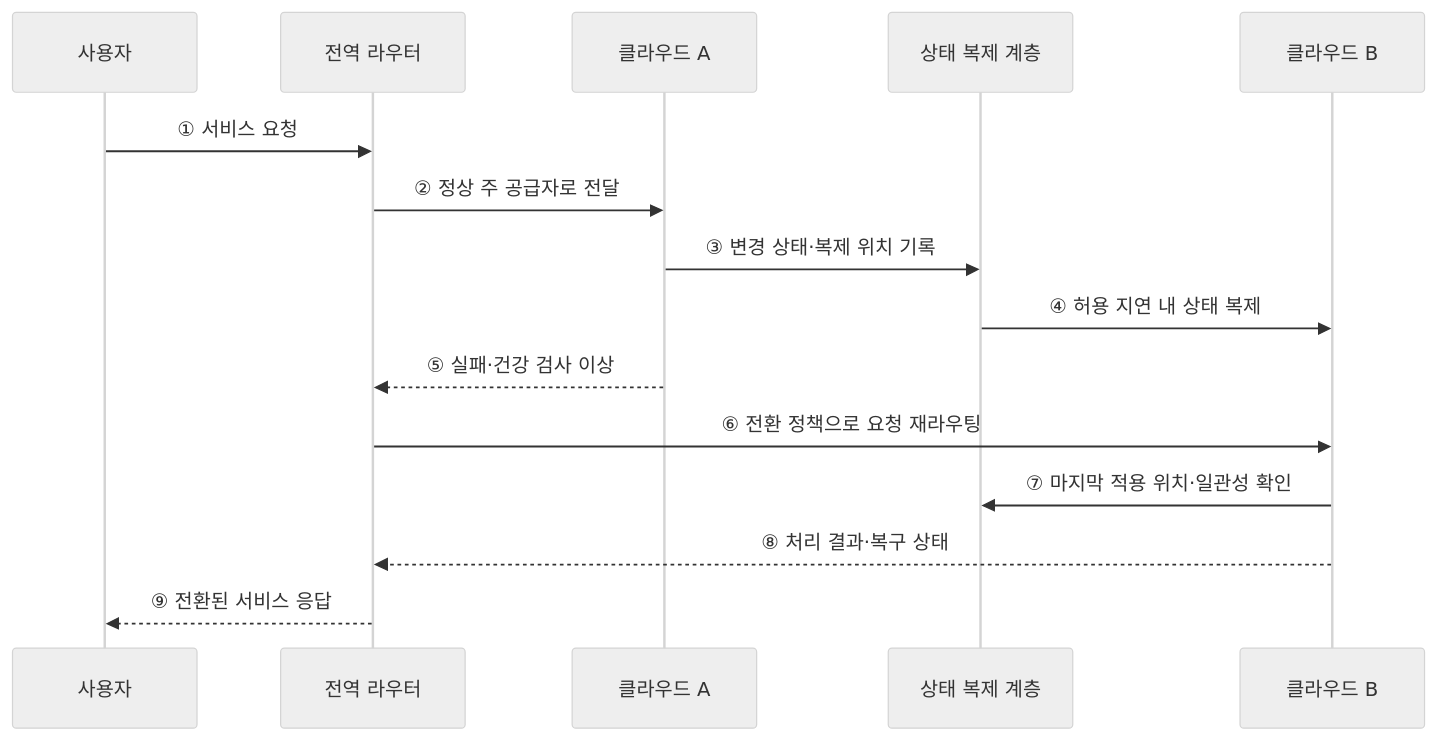
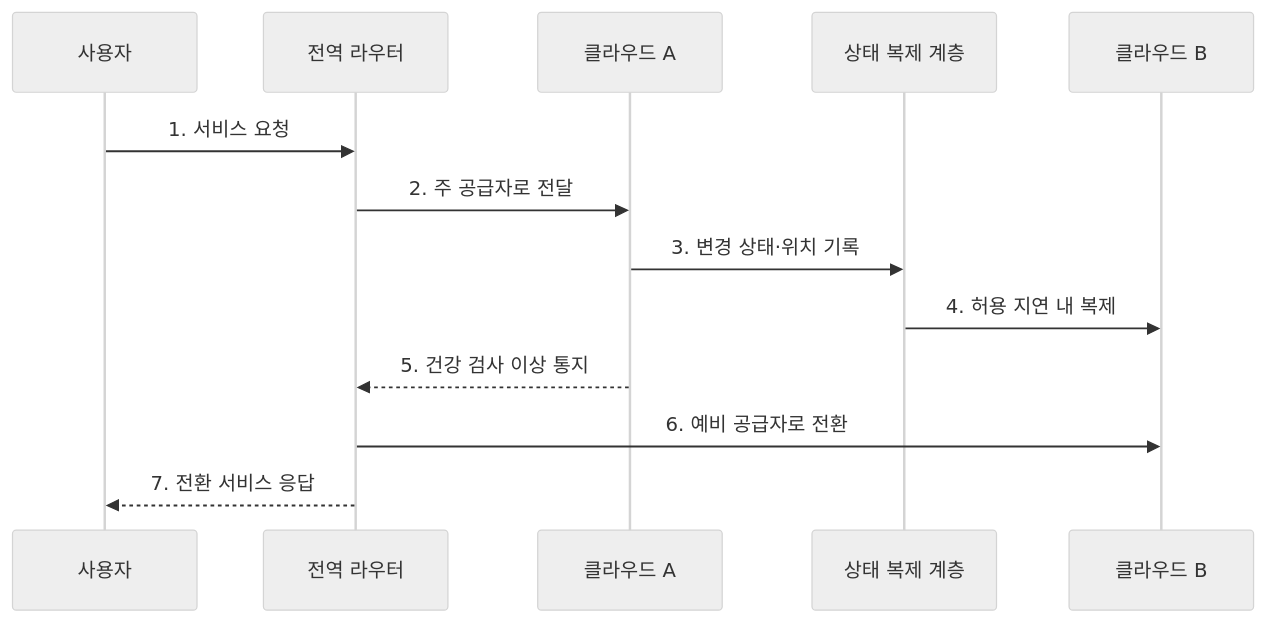
The second of 2 diagrams in src/content/docs/notes/03-software/143_multi_cloud_strategy.md (agnusdei1207/knowledge-base), drawn with Mermaid (neutral theme) before and after one commit. The commit also changed other lines of this file and 20 other files, not shown here.

````diff
--- a/src/content/docs/notes/03-software/143_multi_cloud_strategy.md
+++ b/src/content/docs/notes/03-software/143_multi_cloud_strategy.md
@@ -74,17 +82,15 @@
 ```mermaid
 sequenceDiagram
     participant U as 사용자
     participant R as 전역 라우터
     participant A as 클라우드 A
     participant S as 상태 복제 계층
     participant B as 클라우드 B
-    U->>R: ① 서비스 요청
-    R->>A: ② 정상 주 공급자로 전달
-    A->>S: ③ 변경 상태·복제 위치 기록
-    S->>B: ④ 허용 지연 내 상태 복제
-    A-->>R: ⑤ 실패·건강 검사 이상
-    R->>B: ⑥ 전환 정책으로 요청 재라우팅
-    B->>S: ⑦ 마지막 적용 위치·일관성 확인
-    B-->>R: ⑧ 처리 결과·복구 상태
-    R-->>U: ⑨ 전환된 서비스 응답
+    U->>R: 1. 서비스 요청
+    R->>A: 2. 주 공급자로 전달
+    A->>S: 3. 변경 상태·위치 기록
+    S->>B: 4. 허용 지연 내 복제
+    A-->>R: 5. 건강 검사 이상 통지
+    R->>B: 6. 예비 공급자로 전환
+    R-->>U: 7. 전환 서비스 응답
 ```
````
